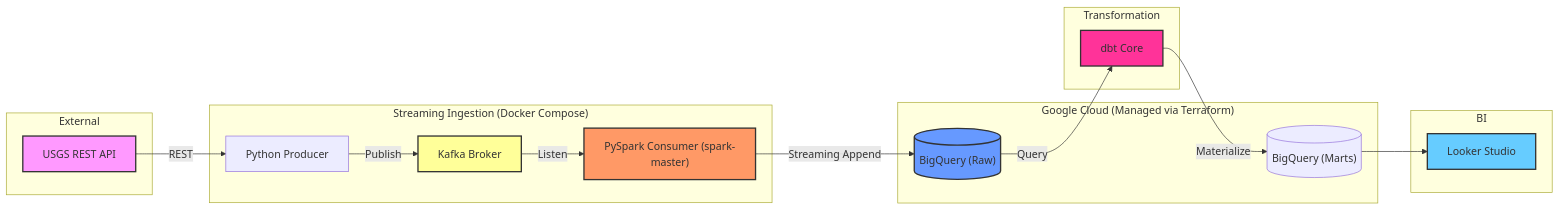
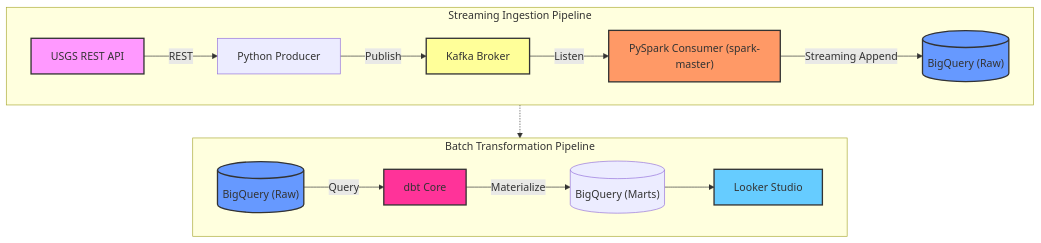
The diagram in README.md (mahmoud-kenawy/DTC-Final-Project), drawn with Mermaid before and after one commit.

Commit message:
edit-readme

````diff
--- a/README.md
+++ b/README.md
@@ -66,41 +66,27 @@
 ```mermaid
-graph LR
-    subgraph "External"
-        USGS["USGS REST API"]
+graph TD
+    subgraph "Streaming Ingestion Pipeline"
+        direction LR
+        USGS["USGS REST API"] -->|REST| Producer["Python Producer"]
+        Producer -->|Publish| Kafka["Kafka Broker"]
+        Kafka -->|Listen| Spark["PySpark Consumer (spark-master)"]
+        Spark -->|Streaming Append| BQ_Raw[("BigQuery (Raw)")]
     end
 
-    subgraph "Streaming Ingestion (Docker Compose)"
-        Producer["Python Producer"]
-        Kafka["Kafka Broker"]
-        Spark["PySpark Consumer (spark-master)"]
-        
-        USGS -->|REST| Producer
-        Producer -->|Publish| Kafka
-        Kafka -->|Listen| Spark
+    subgraph "Batch Transformation Pipeline"
+        direction LR
+        BQ_Raw_Batch[("BigQuery (Raw)")] -->|Query| DBT["dbt Core"]
+        DBT -->|Materialize| BQ_Marts[("BigQuery (Marts)")]
+        BQ_Marts --> Looker["Looker Studio"]
     end
 
-    subgraph "Google Cloud (Managed via Terraform)"
-        BQ_Raw[("BigQuery (Raw)")]
-        BQ_Marts[("BigQuery (Marts)")]
-        
-        Spark -->|Streaming Append| BQ_Raw
-    end
-    
-    subgraph "Transformation"
-        DBT["dbt Core"]
-        BQ_Raw -->|Query| DBT
-        DBT -->|Materialize| BQ_Marts
-    end
-
-    subgraph "BI"
-        Looker["Looker Studio"]
-        BQ_Marts --> Looker
-    end
+    BQ_Raw -.-> BQ_Raw_Batch
 
     style USGS fill:#f9f,stroke:#333,stroke-width:2px
     style Kafka fill:#ff9,stroke:#333,stroke-width:2px
     style Spark fill:#f96,stroke:#333,stroke-width:2px
     style BQ_Raw fill:#69f,stroke:#333,stroke-width:2px
+    style BQ_Raw_Batch fill:#69f,stroke:#333,stroke-width:2px
     style DBT fill:#f39,stroke:#333,stroke-width:2px
     style Looker fill:#6cf,stroke:#333,stroke-width:2px
 ```
````
